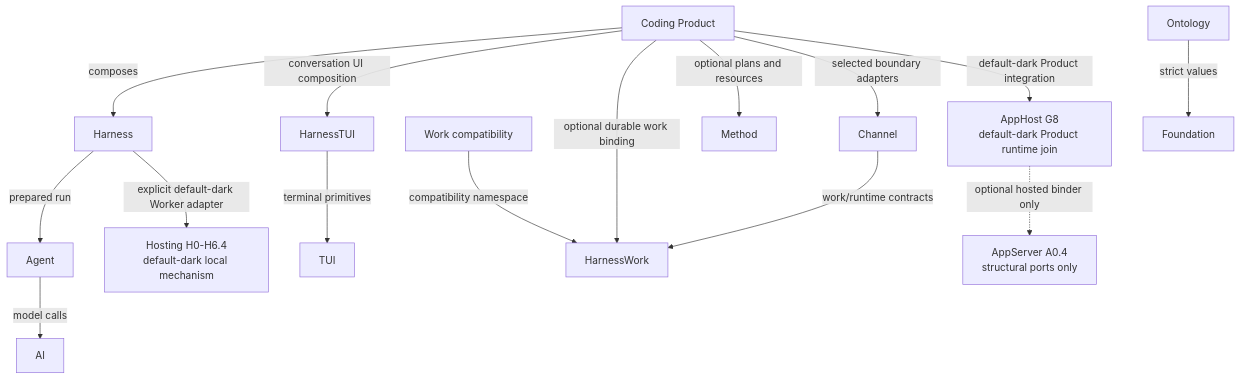
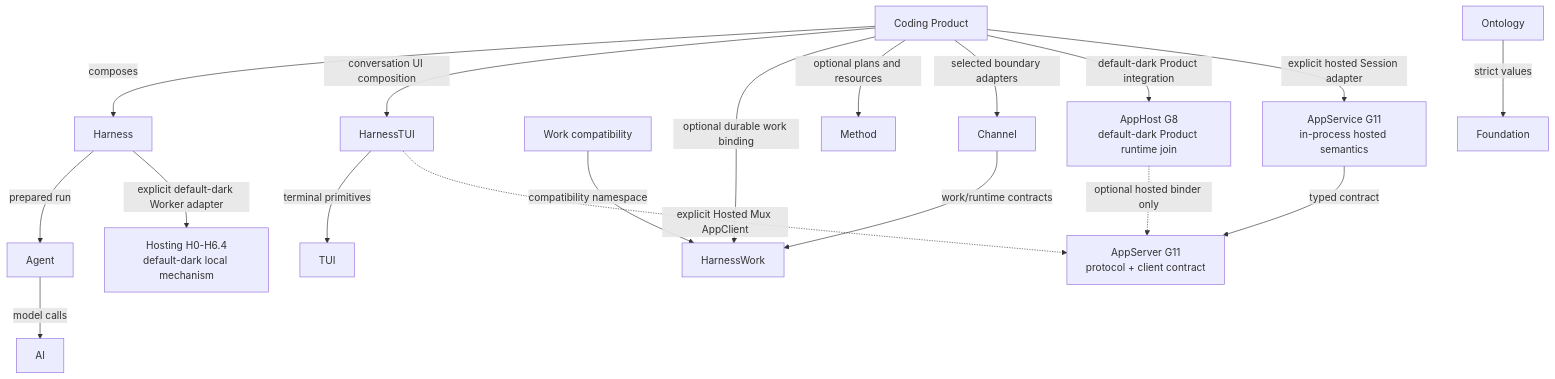
Before and after one commit to zhnt/loushang: the diagram in docs/internals/architecture/architecture-overview.md, drawn with Mermaid. The commit also changed other lines of this file and 25 other files, not shown here.

Commit message:
docs(architecture): close G11 hosted application

````diff
--- a/docs/internals/architecture/architecture-overview.md
+++ b/docs/internals/architecture/architecture-overview.md
@@ -106,33 +106,37 @@
 ```mermaid
 flowchart TD
     CODING["Coding Product"]
     HARNESS["Harness"]
     AGENT["Agent"]
     AI["AI"]
     HTUI["HarnessTUI"]
     TUI["TUI"]
     HWORK["HarnessWork"]
     WORK["Work compatibility"]
     METHOD["Method"]
     CHANNEL["Channel"]
     ONTOLOGY["Ontology"]
     HOSTING["Hosting H0-H6.4\ndefault-dark local mechanism"]
     APPHOST["AppHost G8\ndefault-dark Product runtime join"]
-    APPSERVER["AppServer A0.4\nstructural ports only"]
+    APPSERVER["AppServer G11\nprotocol + client contract"]
+    APPSERVICE["AppService G11\nin-process hosted semantics"]
     FOUNDATION["Foundation"]
 
     CODING -->|composes| HARNESS
     HARNESS -->|prepared run| AGENT
     AGENT -->|model calls| AI
     CODING -->|conversation UI composition| HTUI
     HTUI -->|terminal primitives| TUI
     CODING -->|optional durable work binding| HWORK
     WORK -->|compatibility namespace| HWORK
     CODING -->|optional plans and resources| METHOD
     CODING -->|selected boundary adapters| CHANNEL
     CHANNEL -->|work/runtime contracts| HWORK
     ONTOLOGY -->|strict values| FOUNDATION
     HARNESS -->|explicit default-dark Worker adapter| HOSTING
     CODING -->|default-dark Product integration| APPHOST
     APPHOST -.->|optional hosted binder only| APPSERVER
+    CODING -->|explicit hosted Session adapter| APPSERVICE
+    APPSERVICE -->|typed contract| APPSERVER
+    HTUI -.->|explicit Hosted Mux AppClient| APPSERVER
 ```
````
